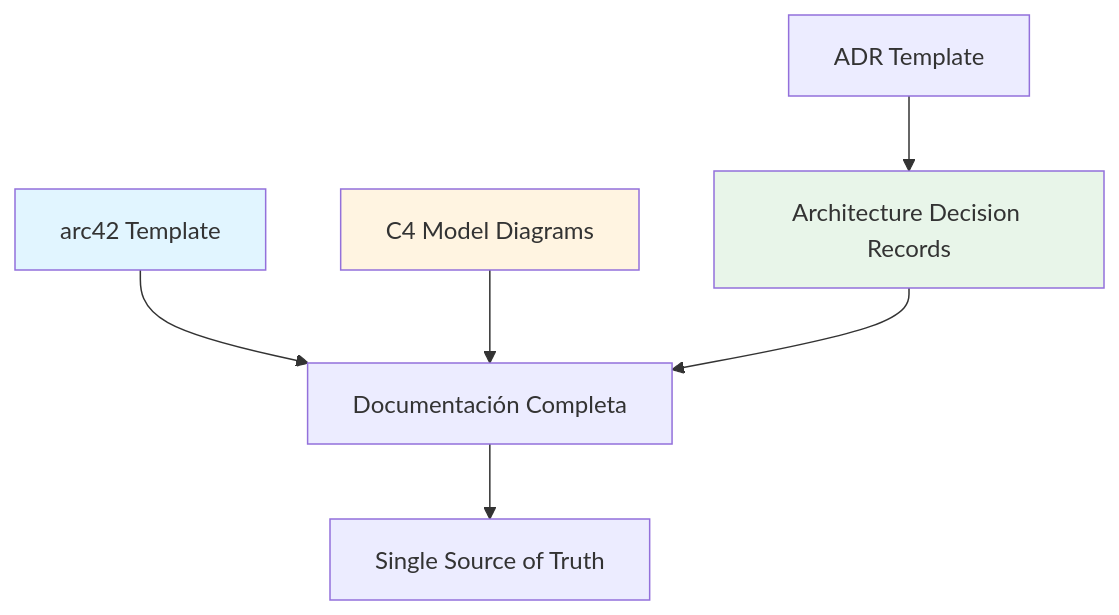
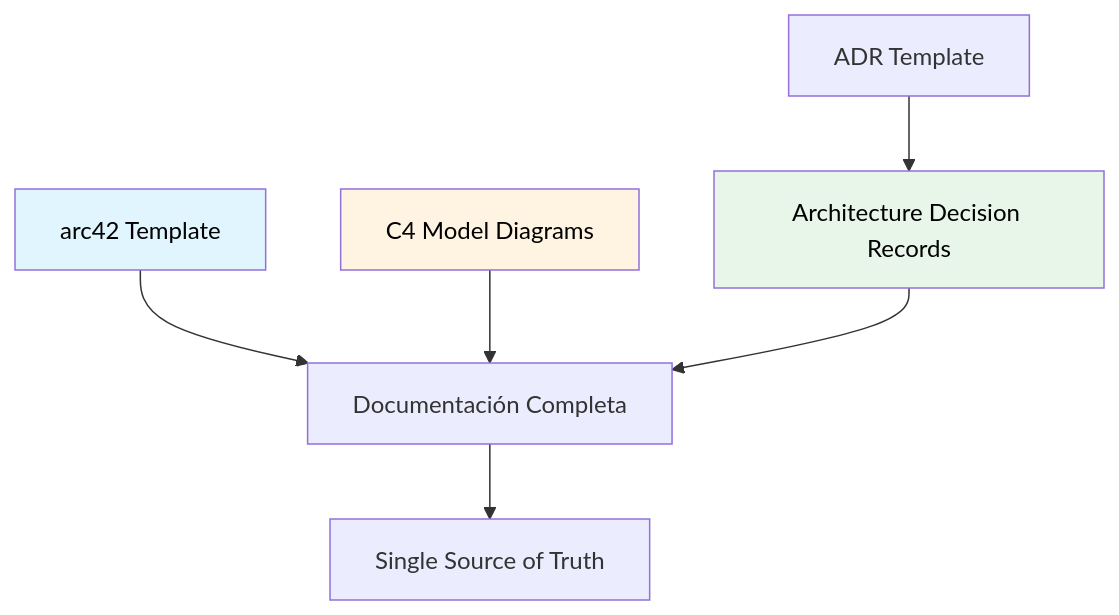
One commit to jclemente-tlm/tlm-doc-architecture changed the first of 10 diagrams in docs/fundamentos-corporativos/estandares/documentacion/architecture-documentation.md. Above: the diagram before and after it, drawn with Mermaid. The commit also changed 21 other files, not shown here.

````diff
--- a/docs/fundamentos-corporativos/estandares/documentacion/architecture-documentation.md
+++ b/docs/fundamentos-corporativos/estandares/documentacion/architecture-documentation.md
@@ -49,12 +49,12 @@
 ```mermaid
 graph TB
     A[arc42 Template] --> B[Documentación Completa]
     C[C4 Model Diagrams] --> B
     D[Architecture Decision Records] --> B
     E[ADR Template] --> D
     B --> F[Single Source of Truth]
 
-    style A fill:#e1f5ff
-    style C fill:#fff4e1
-    style D fill:#e8f5e9
+    style A fill:#e1f5ff,color:#000000
+    style C fill:#fff4e1,color:#000000
+    style D fill:#e8f5e9,color:#000000
 ```
````
